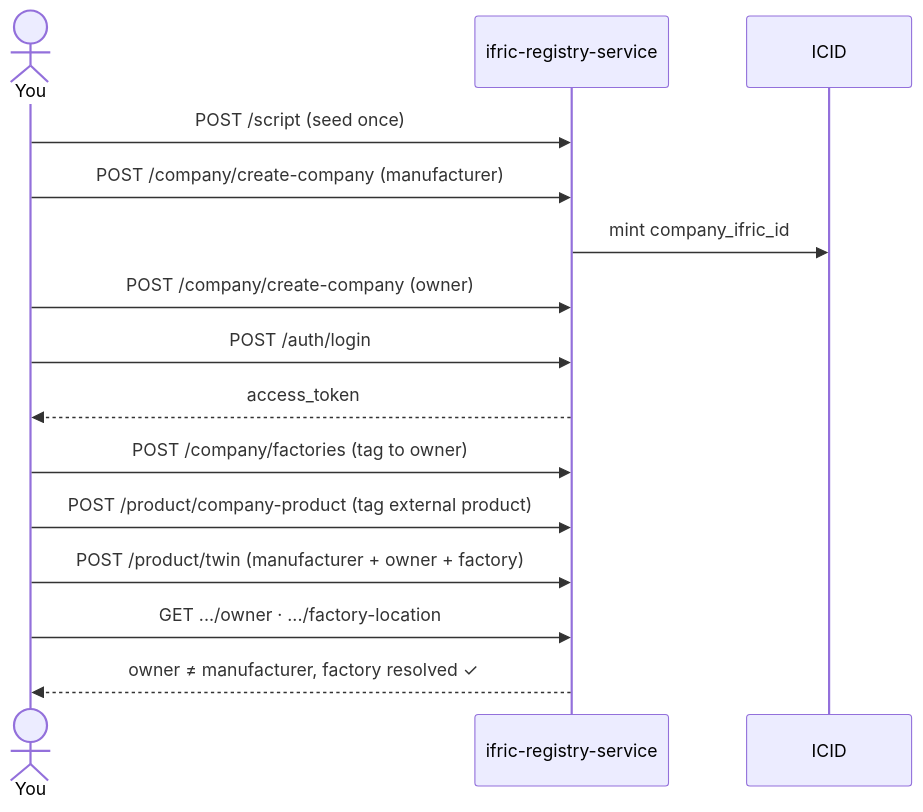
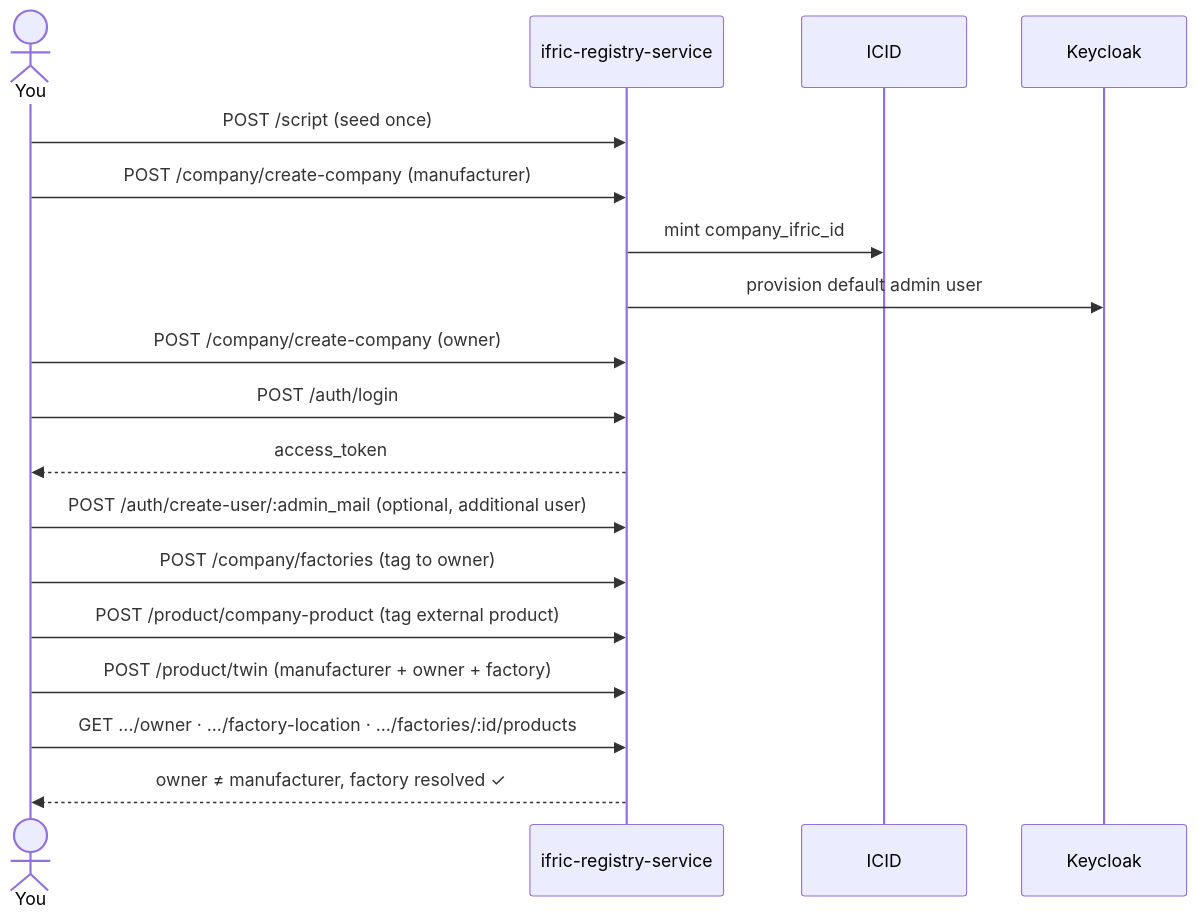
One commit to IndustryFusion/ifric-registry-service-oss changed the diagram in README.md. Above: the diagram before and after it, drawn with Mermaid. The commit also changed other lines of this file and 41 other files, not shown here.

````diff
--- a/README.md
+++ b/README.md
@@ -112,18 +125,21 @@
 ```mermaid
 sequenceDiagram
     actor You
     participant App as ifric-registry-service
     participant ICID
+    participant Keycloak
 
     You->>App: POST /script (seed once)
     You->>App: POST /company/create-company (manufacturer)
     App->>ICID: mint company_ifric_id
+    App->>Keycloak: provision default admin user
     You->>App: POST /company/create-company (owner)
     You->>App: POST /auth/login
     App-->>You: access_token
+    You->>App: POST /auth/create-user/:admin_mail (optional, additional user)
     You->>App: POST /company/factories (tag to owner)
     You->>App: POST /product/company-product (tag external product)
     You->>App: POST /product/twin (manufacturer + owner + factory)
-    You->>App: GET .../owner · .../factory-location
+    You->>App: GET .../owner · .../factory-location · .../factories/:id/products
     App-->>You: owner ≠ manufacturer, factory resolved ✓
 ```
````
